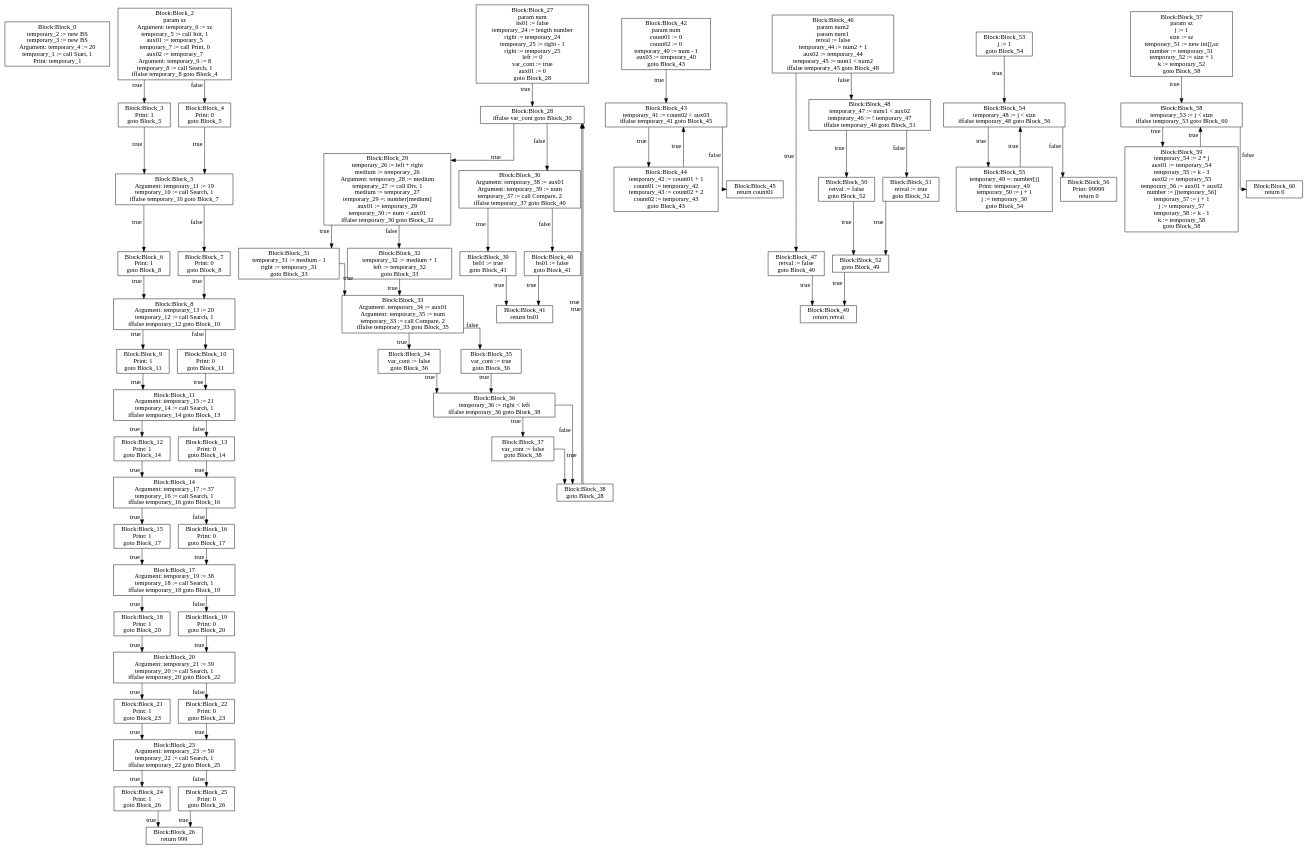
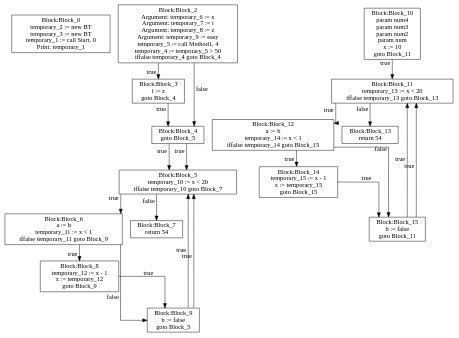
Before and after one commit to moondog-matthew/compiler-dv1655: the diagram in lab3/CFG-tree.dot, drawn with Graphviz. The commit also changed 3 other files, not shown here.

```diff
--- a/lab3/CFG-tree.dot
+++ b/lab3/CFG-tree.dot
@@ -2,318 +2,88 @@
 graph [ splines = ortho ]
 	node [ shape = box ];
 Block_0 [label="Block:Block_0
-temporary_2 := new BS
-temporary_3 := new BS
-Argument: temporary_4 := 20
-temporary_1 := call Start, 1
+temporary_2 := new BT
+temporary_3 := new BT
+temporary_1 := call Start, 0
 Print: temporary_1"];
 Block_2 [label="Block:Block_2
-param sz
-Argument: temporary_6 := sz
-temporary_5 := call Init, 1
-aux01 := temporary_5
-temporary_7 := call Print, 0
-aux02 := temporary_7
-Argument: temporary_9 := 8
-temporary_8 := call Search, 1
-iffalse temporary_8 goto Block_4"];
+Argument: temporary_6 := x
+Argument: temporary_7 := i
+Argument: temporary_8 := z
+Argument: temporary_9 := easy
+temporary_5 := call Method1, 4
+temporary_4 := temporary_5 > 50
+iffalse temporary_4 goto Block_4"];
 Block_2 -> Block_3 [xlabel = "true"]
 Block_3 [label="Block:Block_3
-Print: 1
+i := z
+goto Block_4"];
+Block_3 -> Block_4 [xlabel = "true"]
+Block_4 [label="Block:Block_4
 goto Block_5"];
-Block_3 -> Block_5 [xlabel = "true"]
+Block_4 -> Block_5 [xlabel = "true"]
 Block_5 [label="Block:Block_5
-Argument: temporary_11 := 19
-temporary_10 := call Search, 1
+temporary_10 := x < 20
 iffalse temporary_10 goto Block_7"];
 Block_5 -> Block_6 [xlabel = "true"]
 Block_6 [label="Block:Block_6
-Print: 1
-goto Block_8"];
+a := b
+temporary_11 := x < 1
+iffalse temporary_11 goto Block_9"];
 Block_6 -> Block_8 [xlabel = "true"]
 Block_8 [label="Block:Block_8
-Argument: temporary_13 := 20
-temporary_12 := call Search, 1
-iffalse temporary_12 goto Block_10"];
+temporary_12 := x - 1
+x := temporary_12
+goto Block_9"];
 Block_8 -> Block_9 [xlabel = "true"]
 Block_9 [label="Block:Block_9
-Print: 1
+b := false
+goto Block_5"];
+Block_9 -> Block_5 [xlabel = "true"]
+Block_6 -> Block_9 [xlabel = "false"]
+Block_9 [label="Block:Block_9
+b := false
+goto Block_5"];
+Block_9 -> Block_5 [xlabel = "true"]
+Block_5 -> Block_7 [xlabel = "false"]
+Block_7 [label="Block:Block_7
+return 54"];
+Block_2 -> Block_4 [xlabel = "false"]
+Block_4 [label="Block:Block_4
+goto Block_5"];
+Block_4 -> Block_5 [xlabel = "true"]
+Block_10 [label="Block:Block_10
+param num4
+param num3
+param num2
+param num
+x := 10
 goto Block_11"];
-Block_9 -> Block_11 [xlabel = "true"]
+Block_10 -> Block_11 [xlabel = "true"]
 Block_11 [label="Block:Block_11
-Argument: temporary_15 := 21
-temporary_14 := call Search, 1
-iffalse temporary_14 goto Block_13"];
+temporary_13 := x < 20
+iffalse temporary_13 goto Block_13"];
 Block_11 -> Block_12 [xlabel = "true"]
 Block_12 [label="Block:Block_12
-Print: 1
-goto Block_14"];
+a := b
+temporary_14 := x < 1
+iffalse temporary_14 goto Block_15"];
 Block_12 -> Block_14 [xlabel = "true"]
 Block_14 [label="Block:Block_14
-Argument: temporary_17 := 37
-temporary_16 := call Search, 1
-iffalse temporary_16 goto Block_16"];
+temporary_15 := x - 1
+x := temporary_15
+goto Block_15"];
 Block_14 -> Block_15 [xlabel = "true"]
 Block_15 [label="Block:Block_15
-Print: 1
-goto Block_17"];
-Block_15 -> Block_17 [xlabel = "true"]
-Block_17 [label="Block:Block_17
-Argument: temporary_19 := 38
-temporary_18 := call Search, 1
-iffalse temporary_18 goto Block_19"];
-Block_17 -> Block_18 [xlabel = "true"]
-Block_18 [label="Block:Block_18
-Print: 1
-goto Block_20"];
-Block_18 -> Block_20 [xlabel = "true"]
-Block_20 [label="Block:Block_20
-Argument: temporary_21 := 39
-temporary_20 := call Search, 1
-iffalse temporary_20 goto Block_22"];
-Block_20 -> Block_21 [xlabel = "true"]
-Block_21 [label="Block:Block_21
-Print: 1
-goto Block_23"];
-Block_21 -> Block_23 [xlabel = "true"]
-Block_23 [label="Block:Block_23
-Argument: temporary_23 := 50
-temporary_22 := call Search, 1
-iffalse temporary_22 goto Block_25"];
-Block_23 -> Block_24 [xlabel = "true"]
-Block_24 [label="Block:Block_24
-Print: 1
-goto Block_26"];
-Block_24 -> Block_26 [xlabel = "true"]
-Block_26 [label="Block:Block_26
-return 999"];
-Block_23 -> Block_25 [xlabel = "false"]
-Block_25 [label="Block:Block_25
-Print: 0
-goto Block_26"];
-Block_25 -> Block_26 [xlabel = "true"]
-Block_20 -> Block_22 [xlabel = "false"]
-Block_22 [label="Block:Block_22
-Print: 0
-goto Block_23"];
-Block_22 -> Block_23 [xlabel = "true"]
-Block_17 -> Block_19 [xlabel = "false"]
-Block_19 [label="Block:Block_19
-Print: 0
-goto Block_20"];
-Block_19 -> Block_20 [xlabel = "true"]
-Block_14 -> Block_16 [xlabel = "false"]
-Block_16 [label="Block:Block_16
-Print: 0
-goto Block_17"];
-Block_16 -> Block_17 [xlabel = "true"]
+b := false
+goto Block_11"];
+Block_15 -> Block_11 [xlabel = "true"]
+Block_12 -> Block_15 [xlabel = "false"]
+Block_15 [label="Block:Block_15
+b := false
+goto Block_11"];
+Block_15 -> Block_11 [xlabel = "true"]
 Block_11 -> Block_13 [xlabel = "false"]
 Block_13 [label="Block:Block_13
-Print: 0
-goto Block_14"];
-Block_13 -> Block_14 [xlabel = "true"]
-Block_8 -> Block_10 [xlabel = "false"]
-Block_10 [label="Block:Block_10
-Print: 0
-goto Block_11"];
-Block_10 -> Block_11 [xlabel = "true"]
-Block_5 -> Block_7 [xlabel = "false"]
-Block_7 [label="Block:Block_7
-Print: 0
-goto Block_8"];
-Block_7 -> Block_8 [xlabel = "true"]
-Block_2 -> Block_4 [xlabel = "false"]
-Block_4 [label="Block:Block_4
-Print: 0
-goto Block_5"];
-Block_4 -> Block_5 [xlabel = "true"]
-Block_27 [label="Block:Block_27
-param num
-bs01 := false
-temporary_24 := length number
-right := temporary_24
-temporary_25 := right - 1
-right := temporary_25
-left := 0
-var_cont := true
-aux01 := 0
-goto Block_28"];
-Block_27 -> Block_28 [xlabel = "true"]
-Block_28 [label="Block:Block_28
-iffalse var_cont goto Block_30"];
-Block_28 -> Block_29 [xlabel = "true"]
-Block_29 [label="Block:Block_29
-temporary_26 := left + right
-medium := temporary_26
-Argument: temporary_28 := medium
-temporary_27 := call Div, 1
-medium := temporary_27
-temporary_29 =: number[medium]
-aux01 := temporary_29
-temporary_30 := num < aux01
-iffalse temporary_30 goto Block_32"];
-Block_29 -> Block_31 [xlabel = "true"]
-Block_31 [label="Block:Block_31
-temporary_31 := medium - 1
-right := temporary_31
-goto Block_33"];
-Block_31 -> Block_33 [xlabel = "true"]
-Block_33 [label="Block:Block_33
-Argument: temporary_34 := aux01
-Argument: temporary_35 := num
-temporary_33 := call Compare, 2
-iffalse temporary_33 goto Block_35"];
-Block_33 -> Block_34 [xlabel = "true"]
-Block_34 [label="Block:Block_34
-var_cont := false
-goto Block_36"];
-Block_34 -> Block_36 [xlabel = "true"]
-Block_36 [label="Block:Block_36
-temporary_36 := right < left
-iffalse temporary_36 goto Block_38"];
-Block_36 -> Block_37 [xlabel = "true"]
-Block_37 [label="Block:Block_37
-var_cont := false
-goto Block_38"];
-Block_37 -> Block_38 [xlabel = "true"]
-Block_38 [label="Block:Block_38
-goto Block_28"];
-Block_38 -> Block_28 [xlabel = "true"]
-Block_36 -> Block_38 [xlabel = "false"]
-Block_38 [label="Block:Block_38
-goto Block_28"];
-Block_38 -> Block_28 [xlabel = "true"]
-Block_33 -> Block_35 [xlabel = "false"]
-Block_35 [label="Block:Block_35
-var_cont := true
-goto Block_36"];
-Block_35 -> Block_36 [xlabel = "true"]
-Block_29 -> Block_32 [xlabel = "false"]
-Block_32 [label="Block:Block_32
-temporary_32 := medium + 1
-left := temporary_32
-goto Block_33"];
-Block_32 -> Block_33 [xlabel = "true"]
-Block_28 -> Block_30 [xlabel = "false"]
-Block_30 [label="Block:Block_30
-Argument: temporary_38 := aux01
-Argument: temporary_39 := num
-temporary_37 := call Compare, 2
-iffalse temporary_37 goto Block_40"];
-Block_30 -> Block_39 [xlabel = "true"]
-Block_39 [label="Block:Block_39
-bs01 := true
-goto Block_41"];
-Block_39 -> Block_41 [xlabel = "true"]
-Block_41 [label="Block:Block_41
-return bs01"];
-Block_30 -> Block_40 [xlabel = "false"]
-Block_40 [label="Block:Block_40
-bs01 := false
-goto Block_41"];
-Block_40 -> Block_41 [xlabel = "true"]
-Block_42 [label="Block:Block_42
-param num
-count01 := 0
-count02 := 0
-temporary_40 := num - 1
-aux03 := temporary_40
-goto Block_43"];
-Block_42 -> Block_43 [xlabel = "true"]
-Block_43 [label="Block:Block_43
-temporary_41 := count02 < aux03
-iffalse temporary_41 goto Block_45"];
-Block_43 -> Block_44 [xlabel = "true"]
-Block_44 [label="Block:Block_44
-temporary_42 := count01 + 1
-count01 := temporary_42
-temporary_43 := count02 + 2
-count02 := temporary_43
-goto Block_43"];
-Block_44 -> Block_43 [xlabel = "true"]
-Block_43 -> Block_45 [xlabel = "false"]
-Block_45 [label="Block:Block_45
-return count01"];
-Block_46 [label="Block:Block_46
-param num2
-param num1
-retval := false
-temporary_44 := num2 + 1
-aux02 := temporary_44
-temporary_45 := num1 < num2
-iffalse temporary_45 goto Block_48"];
-Block_46 -> Block_47 [xlabel = "true"]
-Block_47 [label="Block:Block_47
-retval := false
-goto Block_49"];
-Block_47 -> Block_49 [xlabel = "true"]
-Block_49 [label="Block:Block_49
-return retval"];
-Block_46 -> Block_48 [xlabel = "false"]
-Block_48 [label="Block:Block_48
-temporary_47 := num1 < aux02
-temporary_46 := ! temporary_47
-iffalse temporary_46 goto Block_51"];
-Block_48 -> Block_50 [xlabel = "true"]
-Block_50 [label="Block:Block_50
-retval := false
-goto Block_52"];
-Block_50 -> Block_52 [xlabel = "true"]
-Block_52 [label="Block:Block_52
-goto Block_49"];
-Block_52 -> Block_49 [xlabel = "true"]
-Block_48 -> Block_51 [xlabel = "false"]
-Block_51 [label="Block:Block_51
-retval := true
-goto Block_52"];
-Block_51 -> Block_52 [xlabel = "true"]
-Block_53 [label="Block:Block_53
-j := 1
-goto Block_54"];
-Block_53 -> Block_54 [xlabel = "true"]
-Block_54 [label="Block:Block_54
-temporary_48 := j < size
-iffalse temporary_48 goto Block_56"];
-Block_54 -> Block_55 [xlabel = "true"]
-Block_55 [label="Block:Block_55
-temporary_49 =: number[j]
-Print: temporary_49
-temporary_50 := j + 1
-j := temporary_50
-goto Block_54"];
-Block_55 -> Block_54 [xlabel = "true"]
-Block_54 -> Block_56 [xlabel = "false"]
-Block_56 [label="Block:Block_56
-Print: 99999
-return 0"];
-Block_57 [label="Block:Block_57
-param sz
-j := 1
-size := sz
-temporary_51 := new int[],sz
-number := temporary_51
-temporary_52 := size + 1
-k := temporary_52
-goto Block_58"];
-Block_57 -> Block_58 [xlabel = "true"]
-Block_58 [label="Block:Block_58
-temporary_53 := j < size
-iffalse temporary_53 goto Block_60"];
-Block_58 -> Block_59 [xlabel = "true"]
-Block_59 [label="Block:Block_59
-temporary_54 := 2 * j
-aux01 := temporary_54
-temporary_55 := k - 3
-aux02 := temporary_55
-temporary_56 := aux01 + aux02
-number := j[temporary_56]
-temporary_57 := j + 1
-j := temporary_57
-temporary_58 := k - 1
-k := temporary_58
-goto Block_58"];
-Block_59 -> Block_58 [xlabel = "true"]
-Block_58 -> Block_60 [xlabel = "false"]
-Block_60 [label="Block:Block_60
-return 0"];
+return 54"];
 }
```
